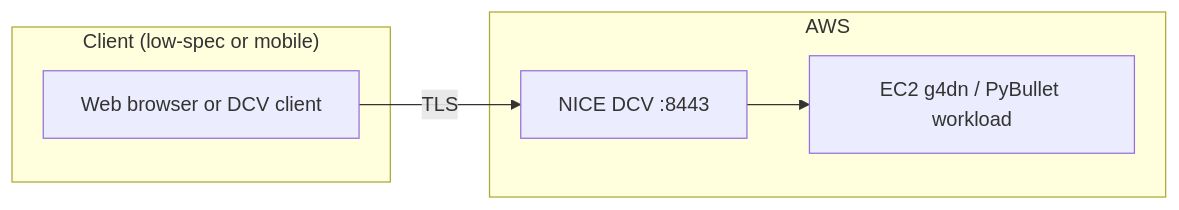
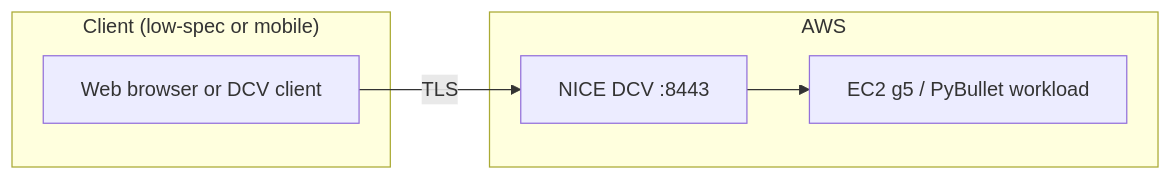
Before and after one commit to rubencg195/aws-pybullet-environment: the first of 4 diagrams in README.md, drawn with Mermaid. The commit also changed other lines of this file and 16 other files, not shown here.

````diff
--- a/README.md
+++ b/README.md
@@ -9,12 +11,12 @@
 ```mermaid
 flowchart LR
   subgraph client["Client (low-spec or mobile)"]
     B["Web browser or DCV client"]
   end
   subgraph aws["AWS"]
     DCV["NICE DCV :8443"]
-    EC2["EC2 g4dn / PyBullet workload"]
+    EC2["EC2 g5 / PyBullet workload"]
   end
   B -->|TLS| DCV
   DCV --> EC2
 ```
````
